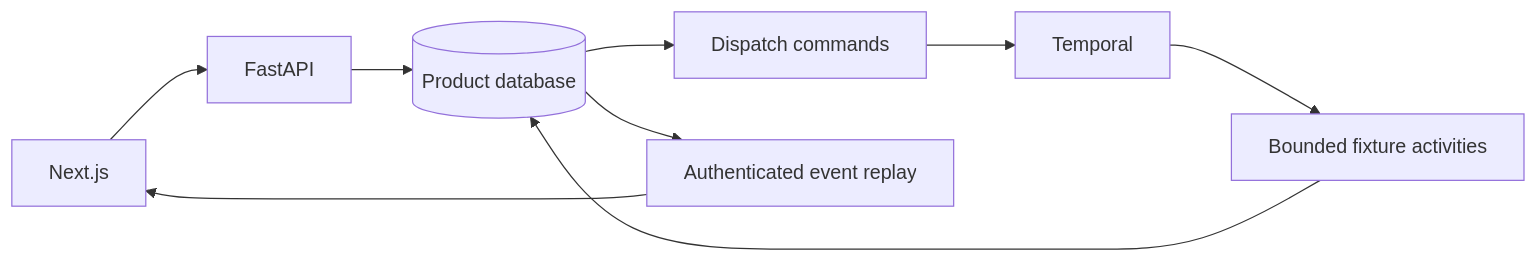
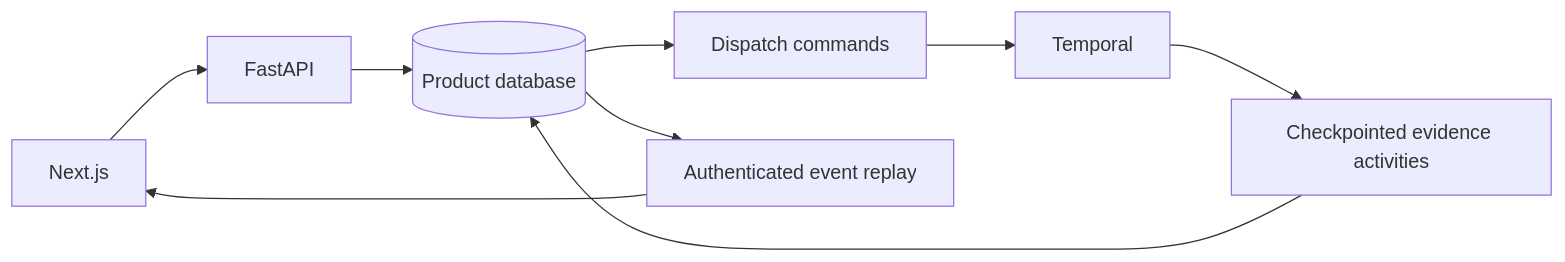
The diagram in docs/architecture.md (naman777/operator), drawn with Mermaid before and after one commit. The commit also changed other lines of this file and 2 other files, not shown here.

````diff
--- a/docs/architecture.md
+++ b/docs/architecture.md
@@ -7,11 +7,11 @@
 ```mermaid
 flowchart LR
   UI[Next.js] --> API[FastAPI]
   API --> DB[(Product database)]
   DB --> Outbox[Dispatch commands]
   Outbox --> Temporal[Temporal]
-  Temporal --> Worker[Bounded fixture activities]
+  Temporal --> Worker[Checkpointed evidence activities]
   Worker --> DB
   DB --> SSE[Authenticated event replay]
   SSE --> UI
 ```
````
